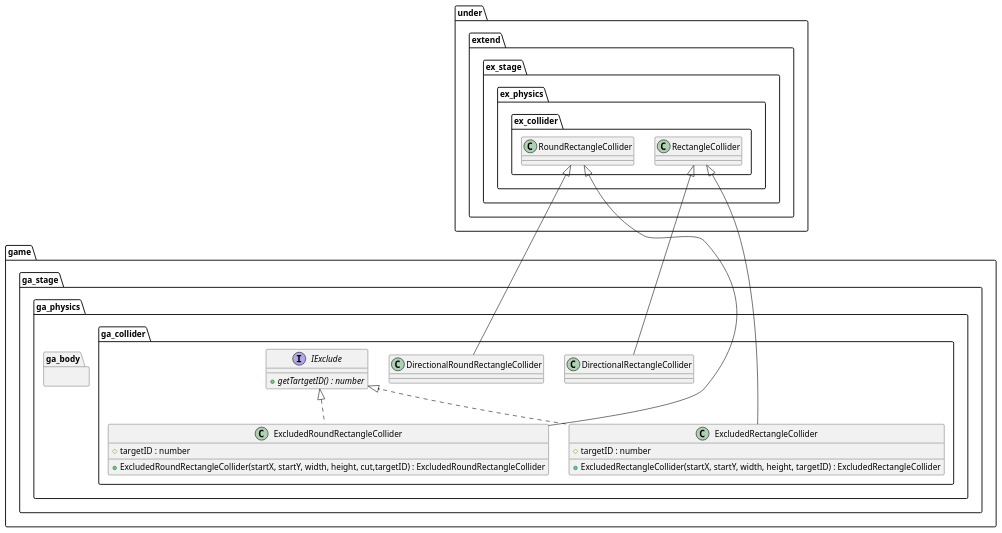
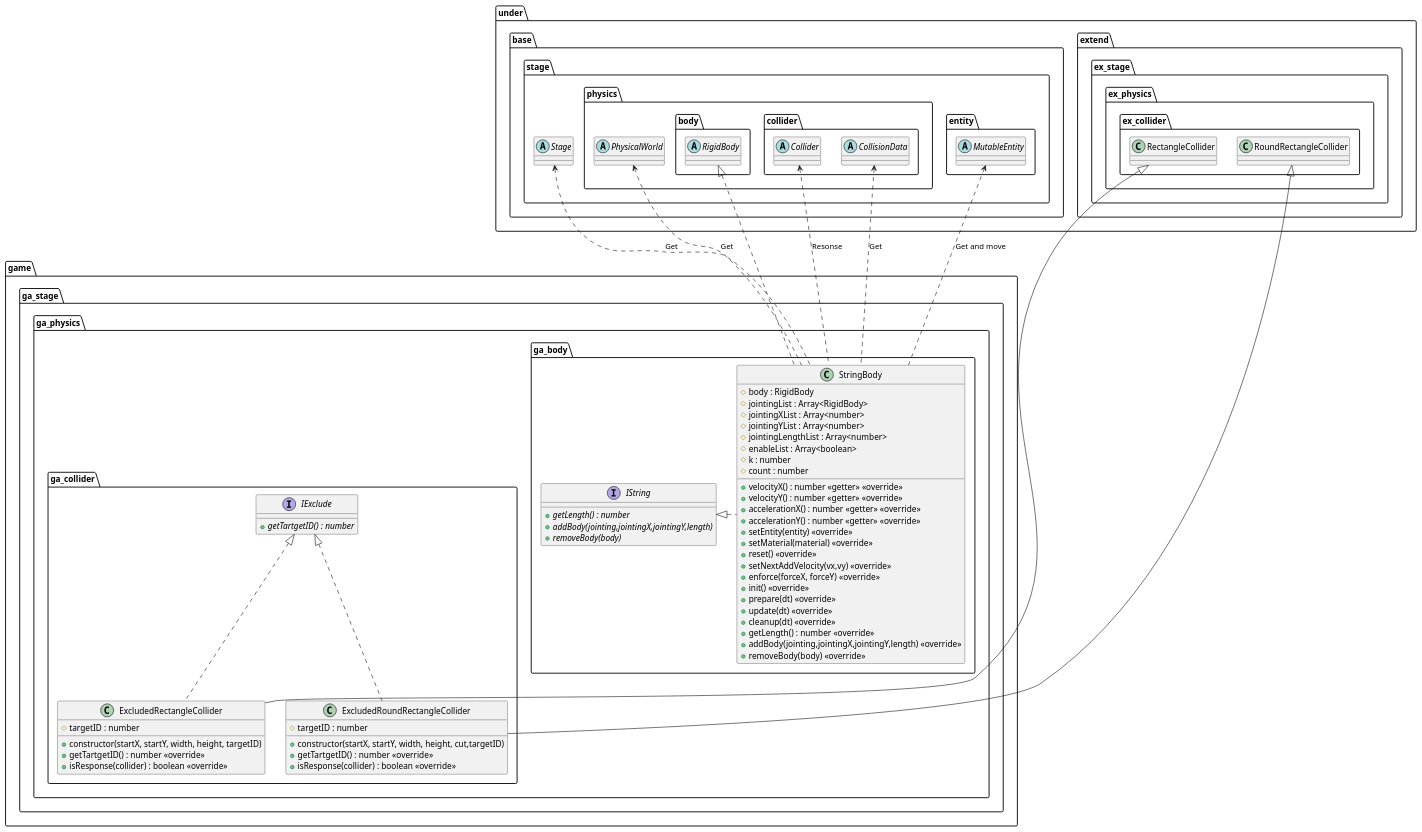
Before and after one commit to Expine/Under: the diagram in uml/entity/physical/Game.wsd, drawn with PlantUML. The commit also changed 7 other files, not shown here.

```diff
--- a/uml/entity/physical/Game.wsd
+++ b/uml/entity/physical/Game.wsd
@@ -1,48 +1,105 @@
 @startuml PhysicalGame
 
 package game {
     package ga_stage {
         package ga_physics {
             package ga_body {
-
+                interface IString {
+                    {abstract} +getLength() : number
+                    {abstract} +addBody(jointing,jointingX,jointingY,length)
+                    {abstract} +removeBody(body)
+                }
+                class StringBody {
+                    #body : RigidBody
+                    #jointingList : Array<RigidBody>
+                    #jointingXList : Array<number>
+                    #jointingYList : Array<number>
+                    #jointingLengthList : Array<number>
+                    #enableList : Array<boolean>
+                    #k : number
+                    #count : number
+                    +velocityX() : number <<getter>> <<override>>
+                    +velocityY() : number <<getter>> <<override>>
+                    +accelerationX() : number <<getter>> <<override>>
+                    +accelerationY() : number <<getter>> <<override>>
+                    +setEntity(entity) <<override>>
+                    +setMaterial(material) <<override>>
+                    +reset() <<override>>
+                    +setNextAddVelocity(vx,vy) <<override>>
+                    +enforce(forceX, forceY) <<override>>
+                    +init() <<override>>
+                    +prepare(dt) <<override>>
+                    +update(dt) <<override>>
+                    +cleanup(dt) <<override>>
+                    +getLength() : number <<override>>
+                    +addBody(jointing,jointingX,jointingY,length) <<override>>
+                    +removeBody(body) <<override>>
+                }
             }
             package ga_collider {
-                class DirectionalRectangleCollider
-                class DirectionalRoundRectangleCollider
+                interface IExclude {
+                    {abstract} +getTartgetID() : number
+                }
                 class ExcludedRectangleCollider {
-                    +ExcludedRectangleCollider(startX, startY, width, height, targetID) : ExcludedRectangleCollider
+                    +constructor(startX, startY, width, height, targetID)
                     #targetID : number
+                    +getTartgetID() : number <<override>>
+                    +isResponse(collider) : boolean <<override>>
                 }
                 class ExcludedRoundRectangleCollider {
-                    +ExcludedRoundRectangleCollider(startX, startY, width, height, cut,targetID) : ExcludedRoundRectangleCollider
+                    +constructor(startX, startY, width, height, cut,targetID)
                     #targetID : number
-                }
-                interface IExclude {
-                    {abstract} +getTartgetID() : number
+                    +getTartgetID() : number <<override>>
+                    +isResponse(collider) : boolean <<override>>
                 }
             }
         }
     }
 }
 
 package under {
+    package base {
+        package stage {
+            abstract Stage
+            package physics {
+                abstract PhysicalWorld
+                package body {
+                    abstract RigidBody
+                }
+                package collider {
+                    abstract Collider
+                    abstract CollisionData
+                }
+            }
+            package entity {
+                abstract MutableEntity
+            }
+        }
+    }
     package extend {
         package ex_stage {
             package ex_physics {
                 package ex_collider {
                     class RectangleCollider
                     class RoundRectangleCollider
                 }
             }
         }
     }
 }
 
-RectangleCollider <|-- DirectionalRectangleCollider
-RoundRectangleCollider <|-- DirectionalRoundRectangleCollider
+Stage <.. StringBody : Get
+PhysicalWorld <.. StringBody : Get
+MutableEntity <.. StringBody : Get and move
+CollisionData <.. StringBody : Get
+Collider <.. StringBody : Resonse
+
+RigidBody <|.. StringBody
+IString <|. StringBody
+
 RectangleCollider <|-- ExcludedRectangleCollider
 IExclude <|.. ExcludedRectangleCollider
 RoundRectangleCollider <|-- ExcludedRoundRectangleCollider
 IExclude <|.. ExcludedRoundRectangleCollider
 
 @enduml
```
